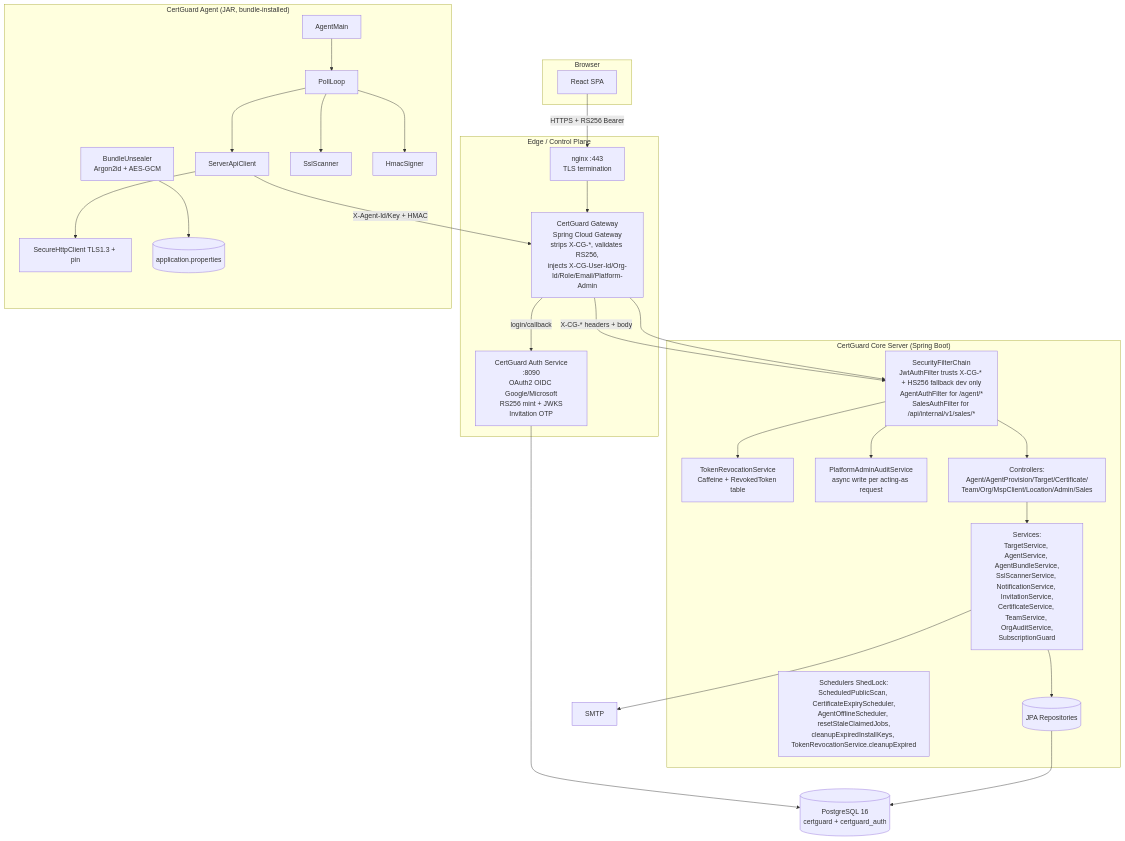
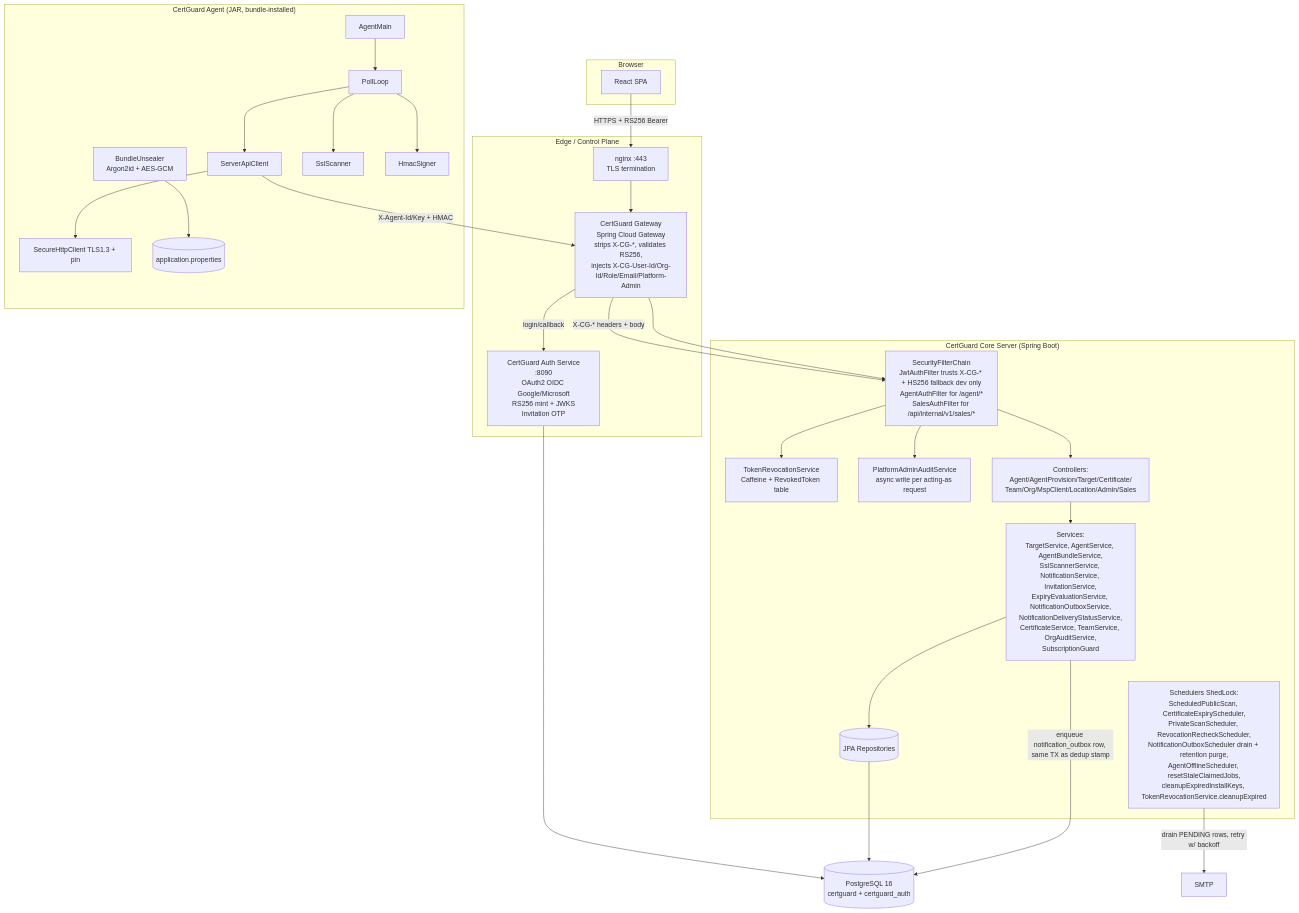
The second of 8 diagrams in docs/architecture/HLD.md (sumanmummaneni3/SSLCertificateManager), drawn with Mermaid before and after one commit. The commit also changed other lines of this file and 3 other files, not shown here.

````diff
--- a/docs/architecture/HLD.md
+++ b/docs/architecture/HLD.md
@@ -102,46 +102,47 @@
 ```mermaid
 graph TB
   subgraph Browser
     UI[React SPA]
   end
   subgraph EdgeLayer["Edge / Control Plane"]
     NGX[nginx :443<br/>TLS termination]
     GW[CertGuard Gateway<br/>Spring Cloud Gateway<br/>strips X-CG-*, validates RS256,<br/>injects X-CG-User-Id/Org-Id/Role/Email/Platform-Admin]
     AUTH[CertGuard Auth Service<br/>:8090<br/>OAuth2 OIDC Google/Microsoft<br/>RS256 mint + JWKS<br/>Invitation OTP]
   end
   subgraph CoreServer["CertGuard Core Server (Spring Boot)"]
     SEC[SecurityFilterChain<br/>JwtAuthFilter trusts X-CG-* + HS256 fallback dev only<br/>AgentAuthFilter for /agent/*<br/>SalesAuthFilter for /api/internal/v1/sales/*]
     REVOKE[TokenRevocationService<br/>Caffeine + RevokedToken table]
     PA_AUDIT[PlatformAdminAuditService<br/>async write per acting-as request]
     CTRL[Controllers:<br/>Agent/AgentProvision/Target/Certificate/<br/>Team/Org/MspClient/Location/Admin/Sales]
-    SVC[Services:<br/>TargetService, AgentService, AgentBundleService,<br/>SslScannerService, NotificationService, InvitationService,<br/>CertificateService, TeamService, OrgAuditService,<br/>SubscriptionGuard]
-    SCHED[Schedulers ShedLock:<br/>ScheduledPublicScan, CertificateExpiryScheduler,<br/>AgentOfflineScheduler, resetStaleClaimedJobs,<br/>cleanupExpiredInstallKeys, TokenRevocationService.cleanupExpired]
+    SVC[Services:<br/>TargetService, AgentService, AgentBundleService,<br/>SslScannerService, NotificationService, InvitationService,<br/>ExpiryEvaluationService, NotificationOutboxService,<br/>NotificationDeliveryStatusService,<br/>CertificateService, TeamService, OrgAuditService,<br/>SubscriptionGuard]
+    SCHED[Schedulers ShedLock:<br/>ScheduledPublicScan, CertificateExpiryScheduler,<br/>PrivateScanScheduler, RevocationRecheckScheduler,<br/>NotificationOutboxScheduler drain + retention purge,<br/>AgentOfflineScheduler, resetStaleClaimedJobs,<br/>cleanupExpiredInstallKeys, TokenRevocationService.cleanupExpired]
     REPO[(JPA Repositories)]
   end
   subgraph Agent["CertGuard Agent (JAR, bundle-installed)"]
     BU[BundleUnsealer<br/>Argon2id + AES-GCM]
     AM[AgentMain]
     PL[PollLoop]
     API[ServerApiClient]
     HTTP[SecureHttpClient TLS1.3 + pin]
     SC[SslScanner]
     SIG[HmacSigner]
     CFG[(application.properties)]
   end
   PG[(PostgreSQL 16<br/>certguard + certguard_auth)]
   SMTP[SMTP]
 
   UI -->|HTTPS + RS256 Bearer| NGX --> GW
   GW -- "login/callback" --> AUTH
   GW -- "X-CG-* headers + body" --> SEC
   AUTH --> PG
   SEC --> REVOKE
   SEC --> PA_AUDIT
   SEC --> CTRL --> SVC --> REPO --> PG
-  SVC --> SMTP
+  SVC -->|enqueue notification_outbox row, same TX as dedup stamp| PG
+  SCHED -->|drain PENDING rows, retry w/ backoff| SMTP
   BU --> CFG
   AM --> PL --> API --> HTTP
   PL --> SC
   PL --> SIG
   API -->|X-Agent-Id/Key + HMAC| GW --> SEC
 ```
````
